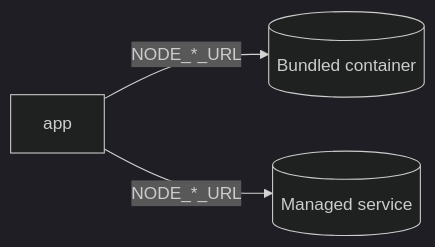
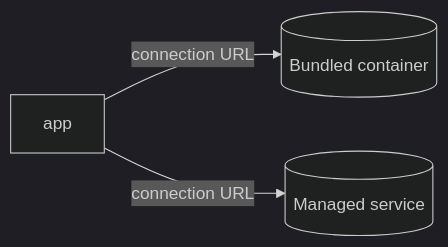
Before and after one commit to Guebbit/boilerplate-node-backend: the diagram in docs/operate/ways-to-deploy/managed-services.md, drawn with Mermaid (dark theme). The commit also changed other lines of this file and 25 other files, not shown here.

````diff
--- a/docs/operate/ways-to-deploy/managed-services.md
+++ b/docs/operate/ways-to-deploy/managed-services.md
@@ -10,5 +10,5 @@
 ```mermaid
 flowchart LR
-    App["app"] -->|"NODE_*_URL"| Bundled[("Bundled container")]
-    App -->|"NODE_*_URL"| Managed[("Managed service")]
+    App["app"] -->|"connection URL"| Bundled[("Bundled container")]
+    App -->|"connection URL"| Managed[("Managed service")]
 ```
````
